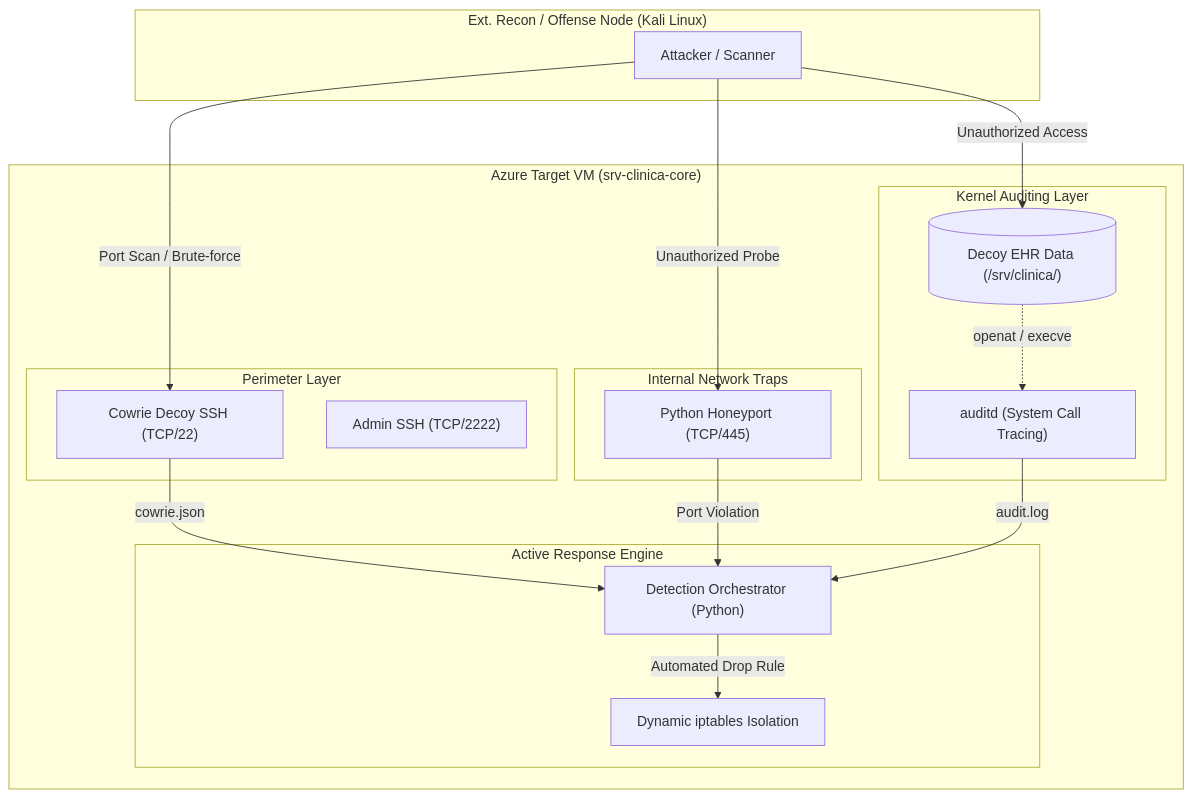
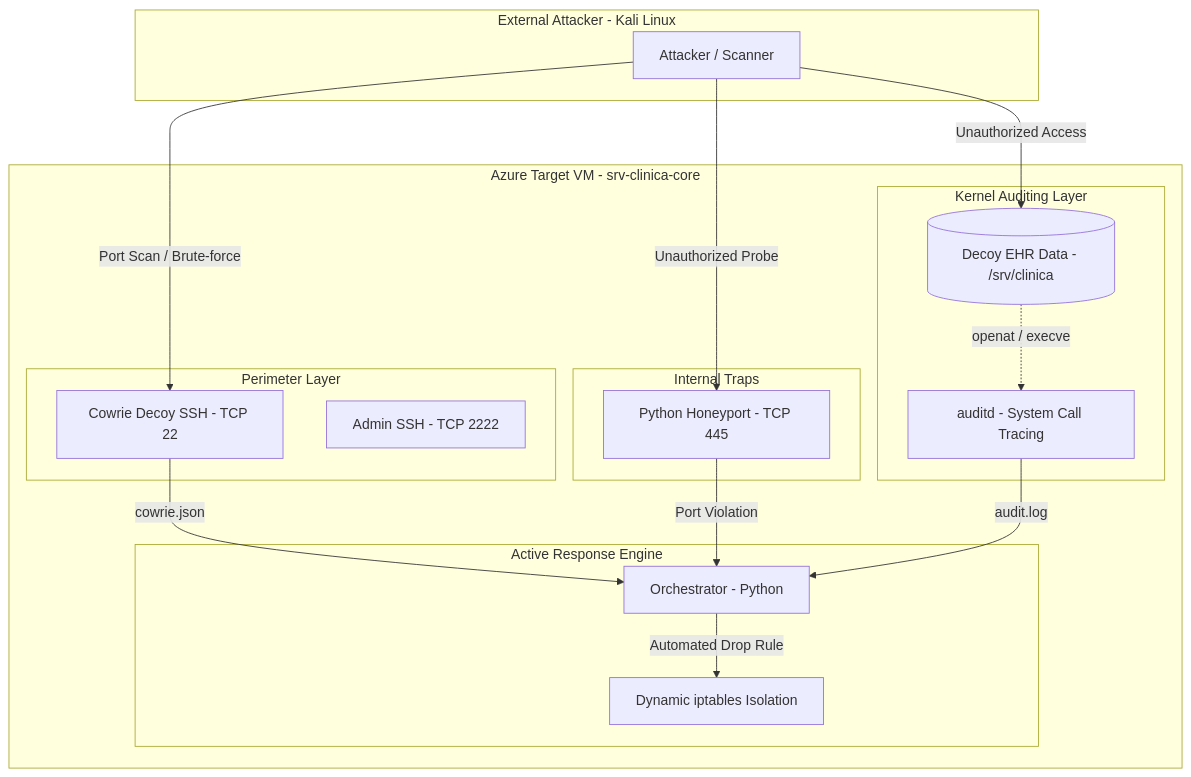
One commit to locckusdem/azure-deception-telemetry-lab changed the diagram in README.md. Above: the diagram before and after it, drawn with Mermaid.

Commit message:
docs: fix mermaid syntax in architecture flow

````diff
--- a/README.md
+++ b/README.md
@@ -11,38 +11,38 @@
 ```mermaid
 flowchart TD
-    subgraph External ["Ext. Recon / Offense Node (Kali Linux)"]
-        Attacker[Attacker / Scanner]
+    subgraph External ["External Attacker - Kali Linux"]
+        Attacker["Attacker / Scanner"]
     end
 
-    subgraph AzureHost ["Azure Target VM (srv-clinica-core)"]
+    subgraph AzureHost ["Azure Target VM - srv-clinica-core"]
         subgraph Perimeter ["Perimeter Layer"]
-            Cowrie["Cowrie Decoy SSH (TCP/22)"]
-            RealSSH["Admin SSH (TCP/2222)"]
+            Cowrie["Cowrie Decoy SSH - TCP 22"]
+            RealSSH["Admin SSH - TCP 2222"]
         end
 
-        subgraph Internal ["Internal Network Traps"]
-            SMB["Python Honeyport (TCP/445)"]
+        subgraph Internal ["Internal Traps"]
+            SMB["Python Honeyport - TCP 445"]
         end
 
         subgraph KernelTelemetry ["Kernel Auditing Layer"]
-            DecoyData[("Decoy EHR Data (/srv/clinica/)")]
-            AuditdSub["auditd (System Call Tracing)"]
+            DecoyData[("Decoy EHR Data - /srv/clinica")]
+            AuditdSub["auditd - System Call Tracing"]
             DecoyData -.->|openat / execve| AuditdSub
         end
 
         subgraph Automation ["Active Response Engine"]
-            Orchestrator["Detection Orchestrator (Python)"]
+            Orchestrator["Orchestrator - Python"]
             IPTables["Dynamic iptables Isolation"]
         end
     end
 
     Attacker -->|Port Scan / Brute-force| Cowrie
     Attacker -->|Unauthorized Probe| SMB
     Attacker -->|Unauthorized Access| DecoyData
 
     Cowrie -->|cowrie.json| Orchestrator
     SMB -->|Port Violation| Orchestrator
     AuditdSub -->|audit.log| Orchestrator
 
     Orchestrator -->|Automated Drop Rule| IPTables
 ```
````
